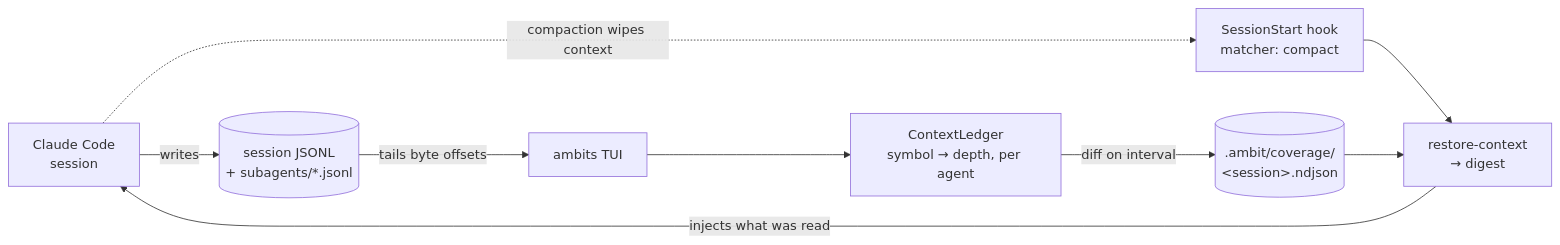
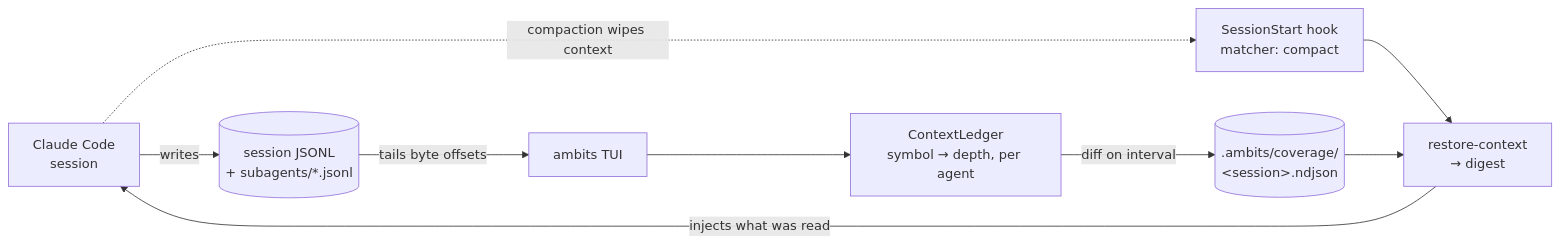
The first of 2 diagrams in docs/wiki/Architecture.md (joshLong145/ambits), drawn with Mermaid before and after one commit. The commit also changed 11 other files, not shown here.

First line of the commit message:
Keep all project state under .ambits/; migrate from legacy .ambit/

````diff
--- a/docs/wiki/Architecture.md
+++ b/docs/wiki/Architecture.md
@@ -10,19 +10,19 @@
 ```mermaid
 flowchart LR
   CC["Claude Code<br/>session"]
   LOG[("session JSONL<br/>+ subagents/*.jsonl")]
   TUI["ambits TUI"]
   LED["ContextLedger<br/>symbol → depth, per agent"]
-  JRN[(".ambit/coverage/<br/>&lt;session&gt;.ndjson")]
+  JRN[(".ambits/coverage/<br/>&lt;session&gt;.ndjson")]
   HOOK["SessionStart hook<br/>matcher: compact"]
   DIG["restore-context<br/>→ digest"]
 
   CC -->|writes| LOG
   LOG -->|tails byte offsets| TUI
   TUI --> LED
   LED -->|diff on interval| JRN
   CC -.->|compaction wipes context| HOOK
   HOOK --> DIG
   JRN --> DIG
   DIG -->|injects what was read| CC
 ```
````
